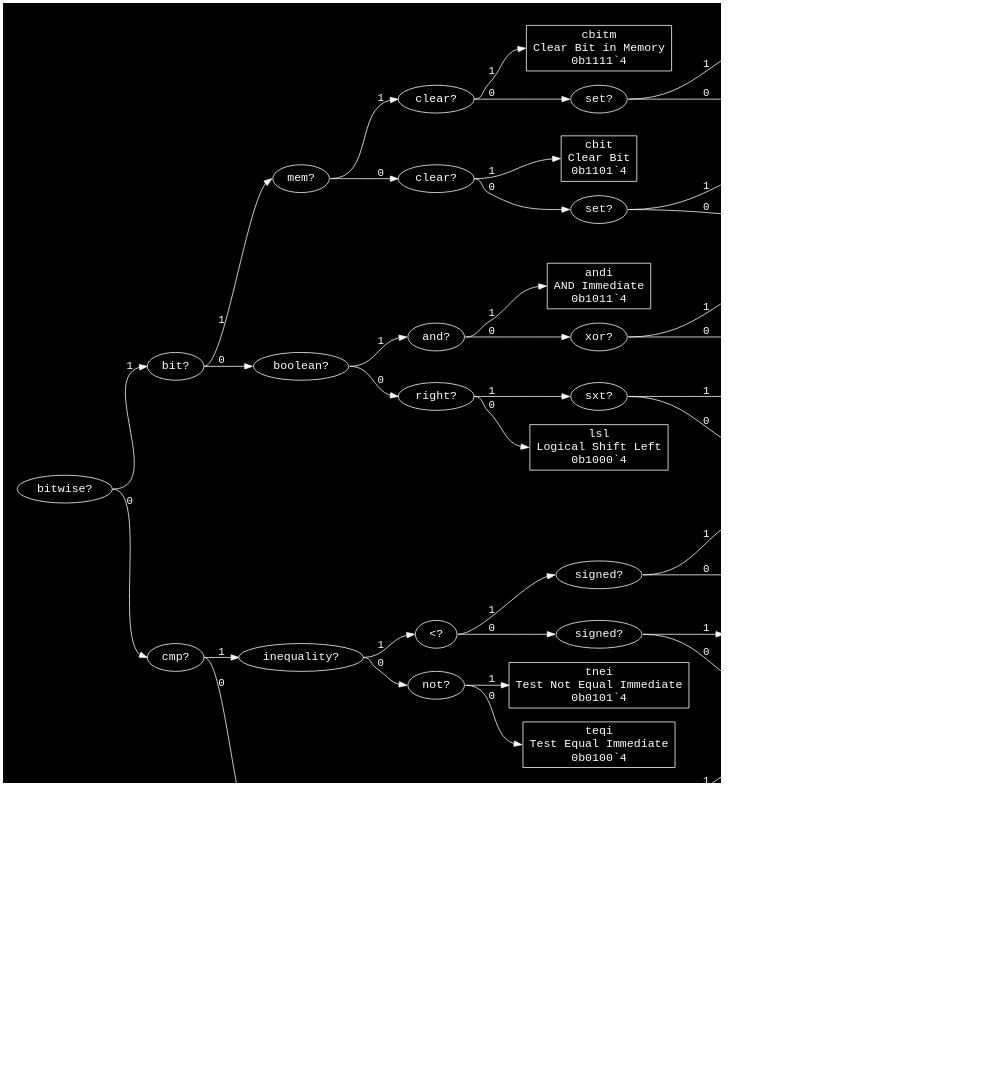
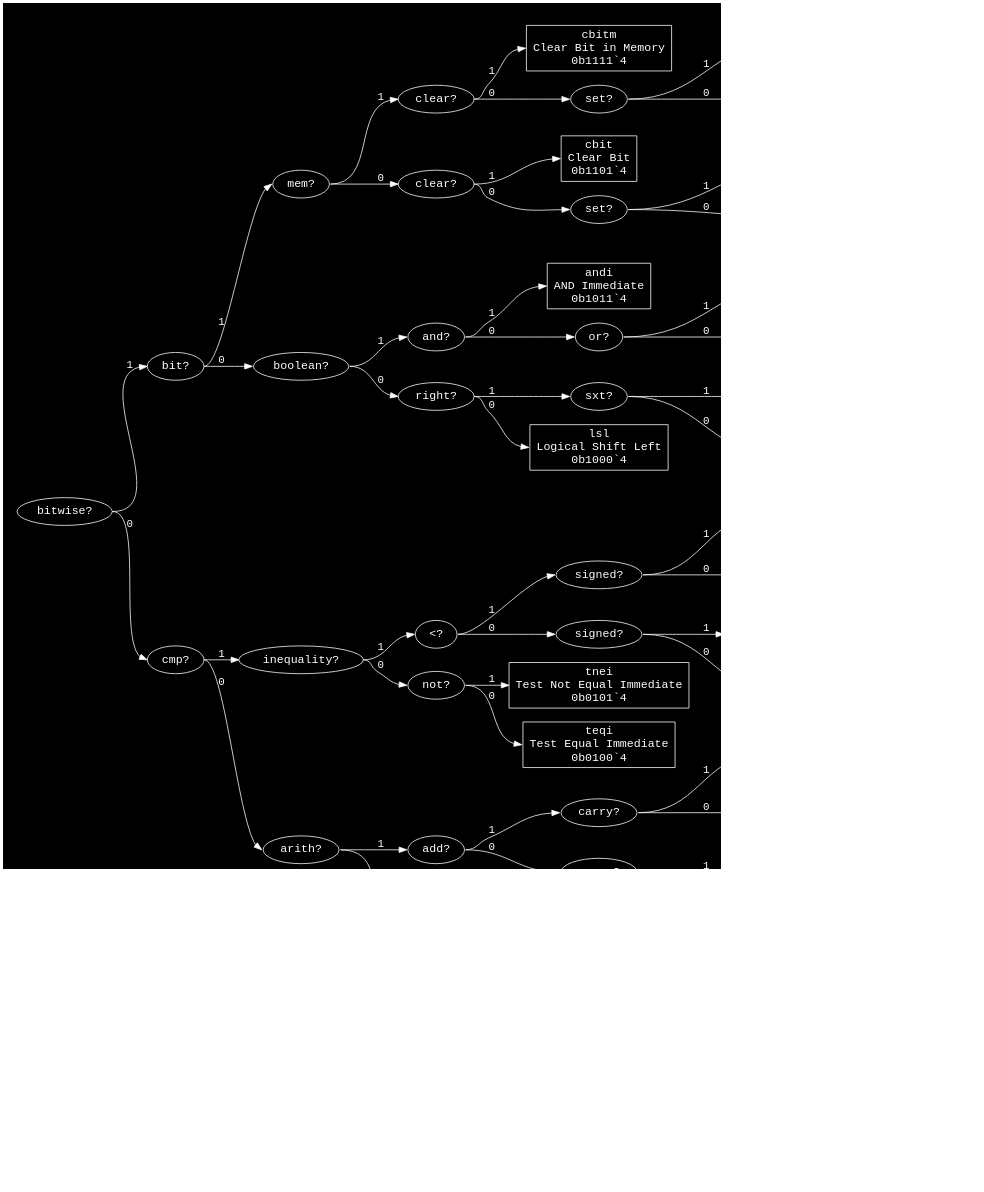
One commit to eignnx/SPRIND changed the diagram in assets/graphs/ri(1).dot. Above: the diagram before and after it, drawn with Graphviz. The commit also changed 10 other files, not shown here.

```diff
--- a/assets/graphs/ri(1).dot
+++ b/assets/graphs/ri(1).dot
@@ -1,102 +1,106 @@
 digraph "Format ri(1)" {
   graph [dpi = 100, bgcolor="#111", fontcolor="white", rankdir=LR, pad="0.25"];
   node [fontname = "Courier", fontsize="15pt", color="white", fontcolor="white"];
   edge [fontname = "Courier", color="white", fontcolor="white"];
-  "bitwise_6085629" [label = "bitwise?", shape = ellipse];
-  "bitwise_6085629":e -> "bit_11592273":w [label = "1"];
-  "bitwise_6085629":e -> "cmp_2275342":w [label = "0"];
-  "bit_11592273" [label = "bit?", shape = ellipse];
-  "bit_11592273":e -> "mem_8965213":w [label = "1"];
-  "bit_11592273":e -> "boolean_6191383":w [label = "0"];
+  "bitwise_16720857" [label = "bitwise?", shape = ellipse];
+  "bitwise_16720857":e -> "bit_3130300":w [label = "1"];
+  "bitwise_16720857":e -> "cmp_1683035":w [label = "0"];
+  "bit_3130300" [label = "bit?", shape = ellipse];
+  "bit_3130300":e -> "mem_8965213":w [label = "1"];
+  "bit_3130300":e -> "boolean_7461156":w [label = "0"];
   "mem_8965213" [label = "mem?", shape = ellipse];
   "mem_8965213":e -> "clear_3042620":w [label = "1"];
   "mem_8965213":e -> "clear_7702689":w [label = "0"];
   "clear_3042620" [label = "clear?", shape = ellipse];
   "clear_3042620":e -> "cbitm_5508826":w [label = "1"];
   "clear_3042620":e -> "set_7736431":w [label = "0"];
   "cbitm_5508826" [label = "cbitm\nClear Bit in Memory\n0b1111`4", shape = rectangle];
   "set_7736431" [label = "set?", shape = ellipse];
   "set_7736431":e -> "sbitm_5512467":w [label = "1"];
   "set_7736431":e -> "tbitm_12044071":w [label = "0"];
   "sbitm_5512467" [label = "sbitm\nSet Bit in Memory\n0b11101`5", shape = rectangle];
   "tbitm_12044071" [label = "tbitm\nTest Bit in Memory\n0b11100`5", shape = rectangle];
   "clear_7702689" [label = "clear?", shape = ellipse];
   "clear_7702689":e -> "cbit_262815":w [label = "1"];
   "clear_7702689":e -> "set_10387925":w [label = "0"];
   "cbit_262815" [label = "cbit\nClear Bit\n0b1101`4", shape = rectangle];
   "set_10387925" [label = "set?", shape = ellipse];
   "set_10387925":e -> "sbit_16738776":w [label = "1"];
   "set_10387925":e -> "tbit_5372373":w [label = "0"];
   "sbit_16738776" [label = "sbit\nSet Bit\n0b11001`5", shape = rectangle];
   "tbit_5372373" [label = "tbit\nTest Bit\n0b11000`5", shape = rectangle];
-  "boolean_6191383" [label = "boolean?", shape = ellipse];
-  "boolean_6191383":e -> "and_9476752":w [label = "1"];
-  "boolean_6191383":e -> "right_10240396":w [label = "0"];
-  "and_9476752" [label = "and?", shape = ellipse];
-  "and_9476752":e -> "andi_12159617":w [label = "1"];
-  "and_9476752":e -> "xor_2651879":w [label = "0"];
+  "boolean_7461156" [label = "boolean?", shape = ellipse];
+  "boolean_7461156":e -> "and_3569055":w [label = "1"];
+  "boolean_7461156":e -> "right_10240396":w [label = "0"];
+  "and_3569055" [label = "and?", shape = ellipse];
+  "and_3569055":e -> "andi_12159617":w [label = "1"];
+  "and_3569055":e -> "or_7437234":w [label = "0"];
   "andi_12159617" [label = "andi\nAND Immediate\n0b1011`4", shape = rectangle];
-  "xor_2651879" [label = "xor?", shape = ellipse];
-  "xor_2651879":e -> "xori_1004432":w [label = "1"];
-  "xor_2651879":e -> "ori_10741780":w [label = "0"];
-  "xori_1004432" [label = "xori\nXOR Immediate\n0b10101`5", shape = rectangle];
-  "ori_10741780" [label = "ori\nOR Immediate\n0b10100`5", shape = rectangle];
+  "or_7437234" [label = "or?", shape = ellipse];
+  "or_7437234":e -> "ori_10741780":w [label = "1"];
+  "or_7437234":e -> "xori_1004432":w [label = "0"];
+  "ori_10741780" [label = "ori\nOR Immediate\n0b10101`5", shape = rectangle];
+  "xori_1004432" [label = "xori\nXOR Immediate\n0b10100`5", shape = rectangle];
   "right_10240396" [label = "right?", shape = ellipse];
   "right_10240396":e -> "sxt_3947393":w [label = "1"];
   "right_10240396":e -> "lsl_933506":w [label = "0"];
   "sxt_3947393" [label = "sxt?", shape = ellipse];
   "sxt_3947393":e -> "asr_4658712":w [label = "1"];
   "sxt_3947393":e -> "lsr_5551459":w [label = "0"];
   "asr_4658712" [label = "asr\nArithmetic Shift Right\n0b10011`5", shape = rectangle];
   "lsr_5551459" [label = "lsr\nLogical Shift Right\n0b10010`5", shape = rectangle];
   "lsl_933506" [label = "lsl\nLogical Shift Left\n0b1000`4", shape = rectangle];
-  "cmp_2275342" [label = "cmp?", shape = ellipse];
-  "cmp_2275342":e -> "inequality_5877276":w [label = "1"];
-  "cmp_2275342":e -> "global_8409141":w [label = "0"];
+  "cmp_1683035" [label = "cmp?", shape = ellipse];
+  "cmp_1683035":e -> "inequality_5877276":w [label = "1"];
+  "cmp_1683035":e -> "arith_14347319":w [label = "0"];
   "inequality_5877276" [label = "inequality?", shape = ellipse];
   "inequality_5877276":e -> "<_1890235":w [label = "1"];
   "inequality_5877276":e -> "not_8792364":w [label = "0"];
   "<_1890235" [label = "<?", shape = ellipse];
   "<_1890235":e -> "signed_10531314":w [label = "1"];
   "<_1890235":e -> "signed_6217757":w [label = "0"];
   "signed_10531314" [label = "signed?", shape = ellipse];
   "signed_10531314":e -> "tli_650505":w [label = "1"];
   "signed_10531314":e -> "tbi_7859922":w [label = "0"];
   "tli_650505" [label = "tli\nTest Less-than Immediate\n0b01111`5", shape = rectangle];
   "tbi_7859922" [label = "tbi\nTest Below Immediate\n0b01110`5", shape = rectangle];
   "signed_6217757" [label = "signed?", shape = ellipse];
   "signed_6217757":e -> "tgei_4329480":w [label = "1"];
   "signed_6217757":e -> "taei_9511866":w [label = "0"];
   "tgei_4329480" [label = "tgei\nTest Greater-than or Equal Immediate\n0b01101`5", shape = rectangle];
   "taei_9511866" [label = "taei\nTest Above or Equal\n0b01100`5", shape = rectangle];
   "not_8792364" [label = "not?", shape = ellipse];
   "not_8792364":e -> "tnei_12469607":w [label = "1"];
   "not_8792364":e -> "teqi_10456661":w [label = "0"];
   "tnei_12469607" [label = "tnei\nTest Not Equal Immediate\n0b0101`4", shape = rectangle];
   "teqi_10456661" [label = "teqi\nTest Equal Immediate\n0b0100`4", shape = rectangle];
-  "global_8409141" [label = "global?", shape = ellipse];
-  "global_8409141":e -> "byte_11793580":w [label = "1"];
-  "global_8409141":e -> "carry_3117734":w [label = "0"];
+  "arith_14347319" [label = "arith?", shape = ellipse];
+  "arith_14347319":e -> "add_12626219":w [label = "1"];
+  "arith_14347319":e -> "byte_11793580":w [label = "0"];
+  "add_12626219" [label = "add?", shape = ellipse];
+  "add_12626219":e -> "carry_540871":w [label = "1"];
+  "add_12626219":e -> "carry_3165593":w [label = "0"];
+  "carry_540871" [label = "carry?", shape = ellipse];
+  "carry_540871":e -> "addicy_12315327":w [label = "1"];
+  "carry_540871":e -> "addi_9690679":w [label = "0"];
+  "addicy_12315327" [label = "addicy\nAdd Immediate with Carry\n0b00111`5", shape = rectangle];
+  "addi_9690679" [label = "addi\nAdd Immediate\n0b00110`5", shape = rectangle];
+  "carry_3165593" [label = "carry?", shape = ellipse];
+  "carry_3165593":e -> "subicy_2944954":w [label = "1"];
+  "carry_3165593":e -> "subi_4485835":w [label = "0"];
+  "subicy_2944954" [label = "subicy\nSubtract Immediate with Carry\n0b00101`5", shape = rectangle];
+  "subi_4485835" [label = "subi\nSubtract Immediate\n0b00100`5", shape = rectangle];
   "byte_11793580" [label = "byte?", shape = ellipse];
   "byte_11793580":e -> "load_4551929":w [label = "1"];
   "byte_11793580":e -> "load_470839":w [label = "0"];
   "load_4551929" [label = "load?", shape = ellipse];
   "load_4551929":e -> "lgb_856797":w [label = "1"];
   "load_4551929":e -> "sgb_13623431":w [label = "0"];
-  "lgb_856797" [label = "lgb\nLoad Global Byte\n0b00111`5", shape = rectangle];
-  "sgb_13623431" [label = "sgb\nStore Global Byte\n0b00110`5", shape = rectangle];
+  "lgb_856797" [label = "lgb\nLoad Global Byte\n0b00011`5", shape = rectangle];
+  "sgb_13623431" [label = "sgb\nStore Global Byte\n0b00010`5", shape = rectangle];
   "load_470839" [label = "load?", shape = ellipse];
   "load_470839":e -> "lgw_5872715":w [label = "1"];
   "load_470839":e -> "sgw_3934115":w [label = "0"];
-  "lgw_5872715" [label = "lgw\nLoad Global Word\n0b00101`5", shape = rectangle];
-  "sgw_3934115" [label = "sgw\nStore Global Word\n0b00100`5", shape = rectangle];
-  "carry_3117734" [label = "carry?", shape = ellipse];
-  "carry_3117734":e -> "add_2468223":w [label = "1"];
-  "carry_3117734":e -> "addi_9690679":w [label = "0"];
-  "add_2468223" [label = "add?", shape = ellipse];
-  "add_2468223":e -> "addicy_12315327":w [label = "1"];
-  "add_2468223":e -> "subicy_2944954":w [label = "0"];
-  "addicy_12315327" [label = "addicy\nAdd Immediate with Carry\n0b00011`5", shape = rectangle];
-  "subicy_2944954" [label = "subicy\nSubtract Immediate with Carry\n0b00010`5", shape = rectangle];
-  "addi_9690679" [label = "addi\nAdd Immediate\n0b0000`4", shape = rectangle];
+  "lgw_5872715" [label = "lgw\nLoad Global Word\n0b00001`5", shape = rectangle];
+  "sgw_3934115" [label = "sgw\nStore Global Word\n0b00000`5", shape = rectangle];
 }
```
